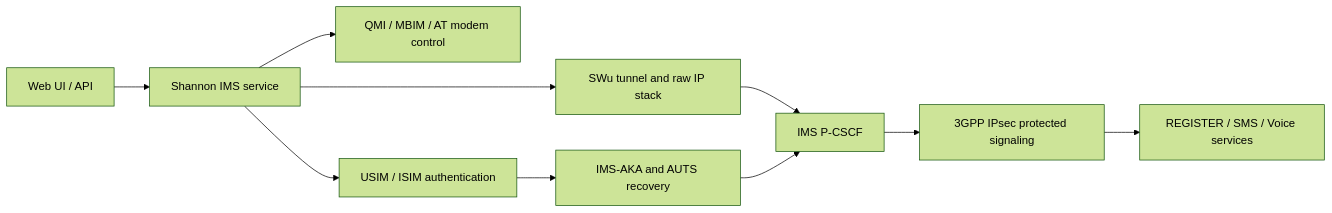
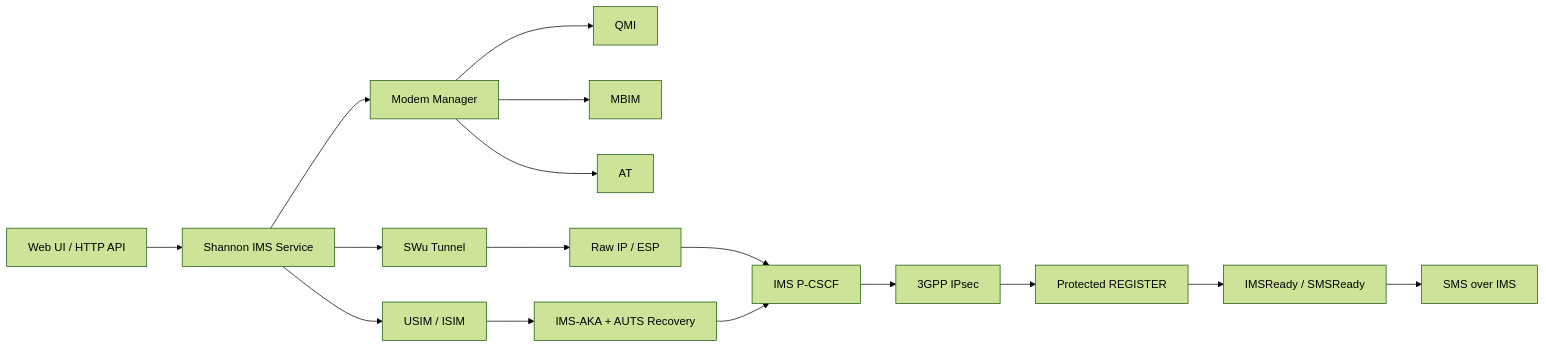
One commit to deeeeeeeeap/shannon-ims changed the diagram in README.md. Above: the diagram before and after it, drawn with Mermaid (forest theme). The commit also changed other lines of this file, not shown here.

```diff
--- a/README.md
+++ b/README.md
@@ -42,12 +128,22 @@
 ~~~mermaid
 flowchart LR
-    UI["Web UI / API"] --> Core["Shannon IMS service"]
-    Core --> Device["QMI / MBIM / AT modem control"]
-    Core --> UICC["USIM / ISIM authentication"]
-    Core --> SWu["SWu tunnel and raw IP stack"]
-    SWu --> IMS["IMS P-CSCF"]
-    UICC --> AKA["IMS-AKA and AUTS recovery"]
-    AKA --> IMS
-    IMS --> IPsec["3GPP IPsec protected signaling"]
-    IPsec --> Services["REGISTER / SMS / Voice services"]
+    UI["Web UI / HTTP API"] --> Service["Shannon IMS Service"]
+
+    Service --> Manager["Modem Manager"]
+    Manager --> QMI["QMI"]
+    Manager --> MBIM["MBIM"]
+    Manager --> AT["AT"]
+
+    Service --> UICC["USIM / ISIM"]
+    UICC --> AKA["IMS-AKA + AUTS Recovery"]
+
+    Service --> SWu["SWu Tunnel"]
+    SWu --> Raw["Raw IP / ESP"]
+    Raw --> PCSCF["IMS P-CSCF"]
+
+    AKA --> PCSCF
+    PCSCF --> IPsec["3GPP IPsec"]
+    IPsec --> Register["Protected REGISTER"]
+    Register --> IMS["IMSReady / SMSReady"]
+    IMS --> SMS["SMS over IMS"]
 ~~~
```
